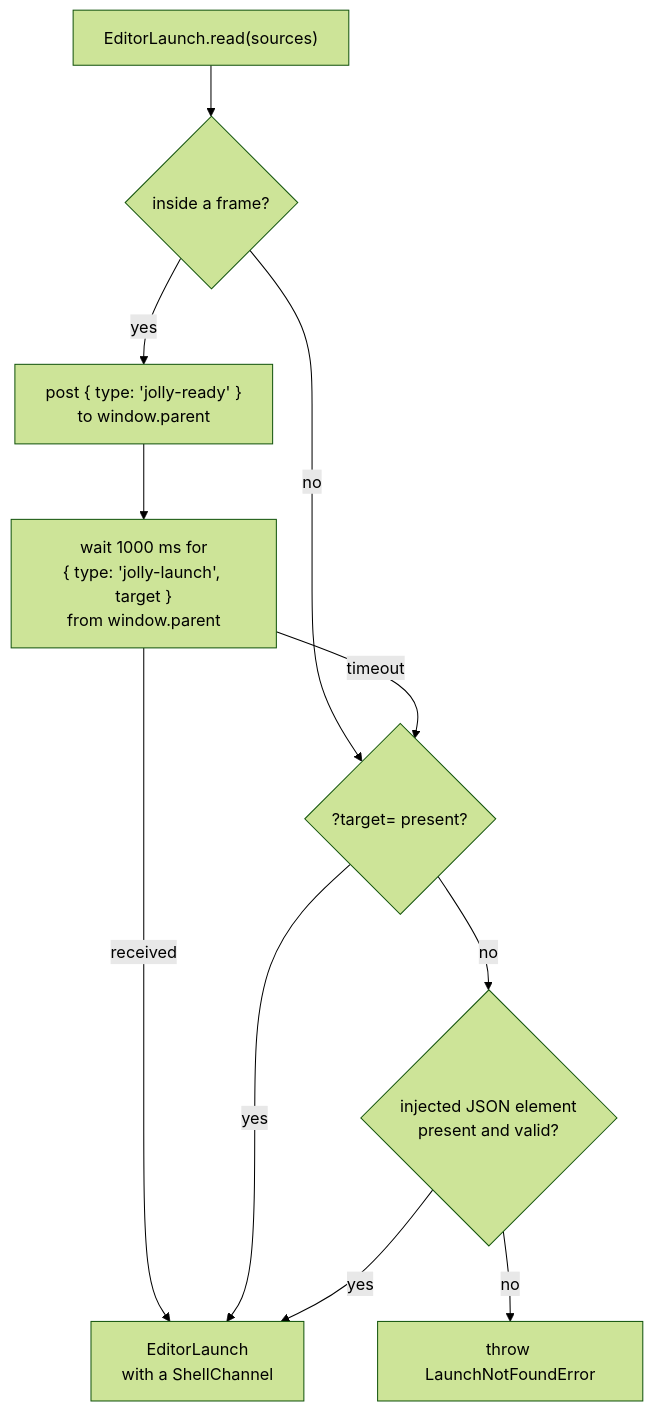
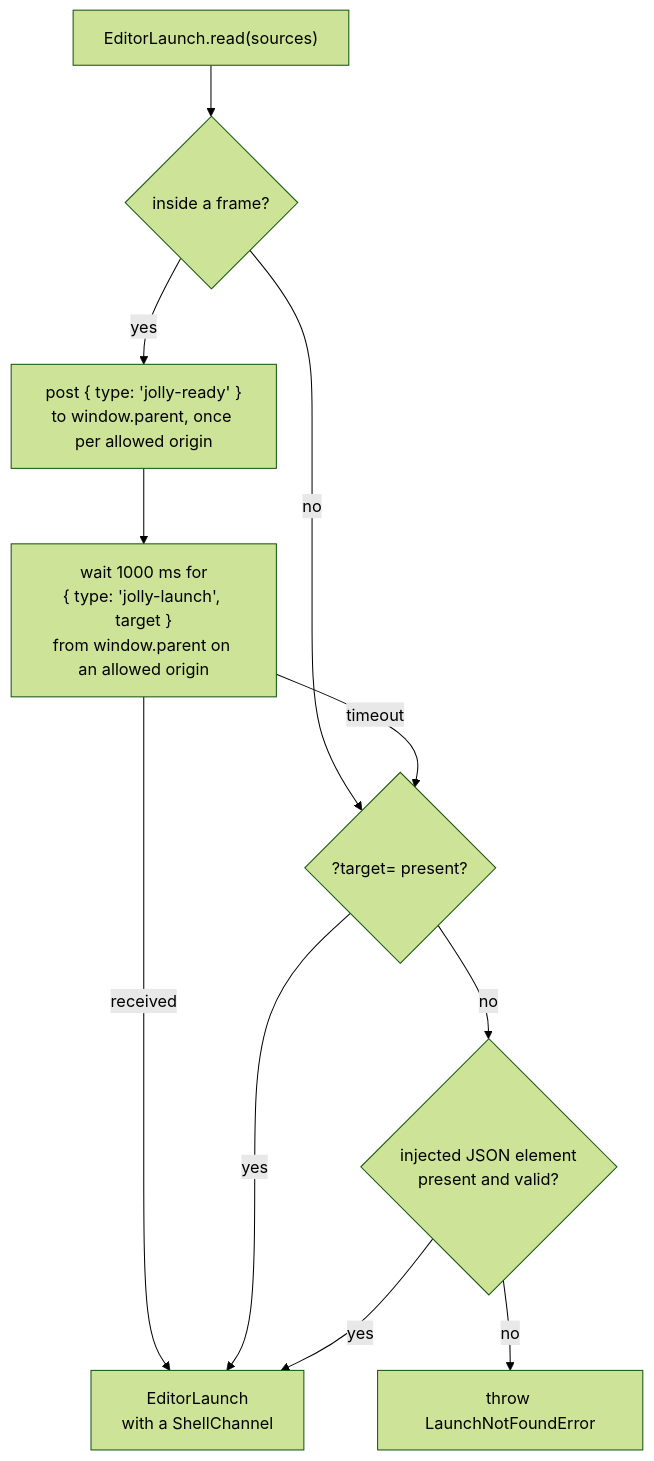
One commit to JollyPixel/editor changed the third of 10 diagrams in packages/editors/host/ARCHITECTURE.md. Above: the diagram before and after it, drawn with Mermaid (forest theme). The commit also changed other lines of this file and 18 other files, not shown here.

````diff
--- a/packages/editors/host/ARCHITECTURE.md
+++ b/packages/editors/host/ARCHITECTURE.md
@@ -109,13 +109,13 @@
 ```mermaid
 flowchart TB
   Start["EditorLaunch.read(sources)"] --> Framed{"inside a frame?"}
   Framed -->|"no"| Query
-  Framed -->|"yes"| Ready["post { type: 'jolly-ready' }<br/>to window.parent"]
-  Ready --> Wait["wait 1000 ms for<br/>{ type: 'jolly-launch', target }<br/>from window.parent"]
+  Framed -->|"yes"| Ready["post { type: 'jolly-ready' }<br/>to window.parent, once per allowed origin"]
+  Ready --> Wait["wait 1000 ms for<br/>{ type: 'jolly-launch', target }<br/>from window.parent on an allowed origin"]
   Wait -->|"received"| Found["EditorLaunch<br/>with a ShellChannel"]
   Wait -->|"timeout"| Query{"?target= present?"}
   Query -->|"yes"| Found
   Query -->|"no"| Element{"injected JSON element<br/>present and valid?"}
   Element -->|"yes"| Found
   Element -->|"no"| Missing["throw LaunchNotFoundError"]
 ```
````
